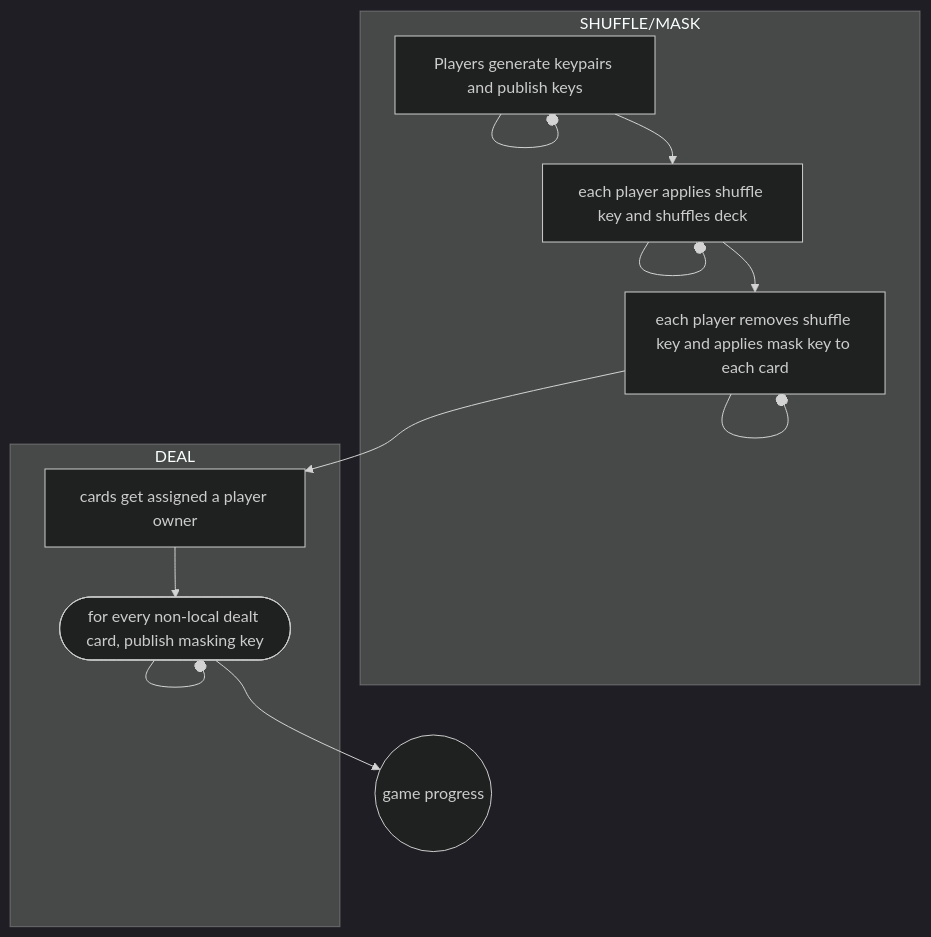
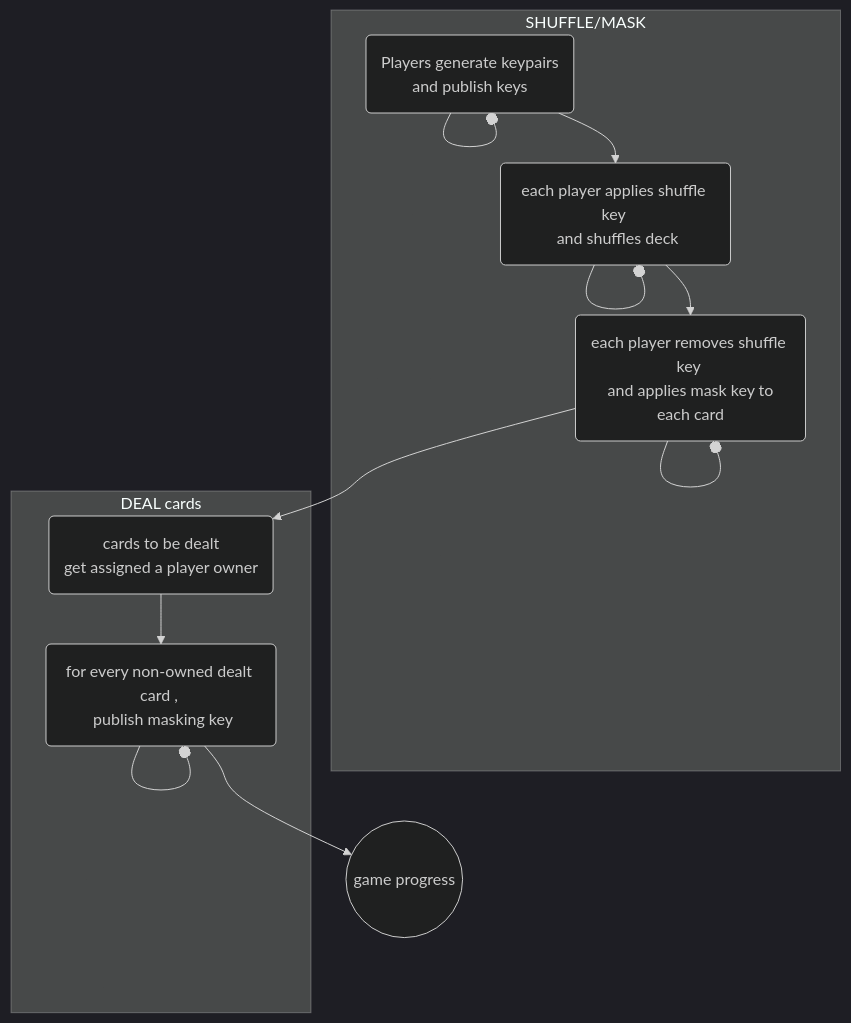
The second of 3 diagrams in docs/state-transitions.md (mirceanis/prove-my-turn), drawn with Mermaid (dark theme) before and after one commit.

Commit message:
docs: diagram formatting

````diff
--- a/docs/state-transitions.md
+++ b/docs/state-transitions.md
@@ -29,16 +29,16 @@
 ```mermaid
 graph TD;
     subgraph SHUFFLE/MASK
-      introductions[Players generate keypairs and publish keys] --o introductions;
-      introductions-->shuffle[each player applies shuffle key and shuffles deck];
+      introductions(Players generate keypairs <br/>and publish keys) --o introductions;
+      introductions-->shuffle(each player applies shuffle key <br/> and shuffles deck);
       shuffle --o shuffle;
-      shuffle-->mask[each player removes shuffle key and applies mask key to each card];
+      shuffle-->mask(each player removes shuffle key <br/> and applies mask key to each card);
       mask --o mask
     end
-    mask-->cardIndex[cards get assigned a player owner]
-    subgraph DEAL
-      cardIndex-->keyShare([for every non-local dealt card, publish masking key])
+    mask-->cardIndex(cards to be dealt <br/> get assigned a player owner)
+    subgraph DEAL cards
+      cardIndex-->keyShare(for every non-owned dealt card , <br/> publish masking key)
       keyShare --o keyShare
     end
     keyShare-->game((game progress))
 ```
````
